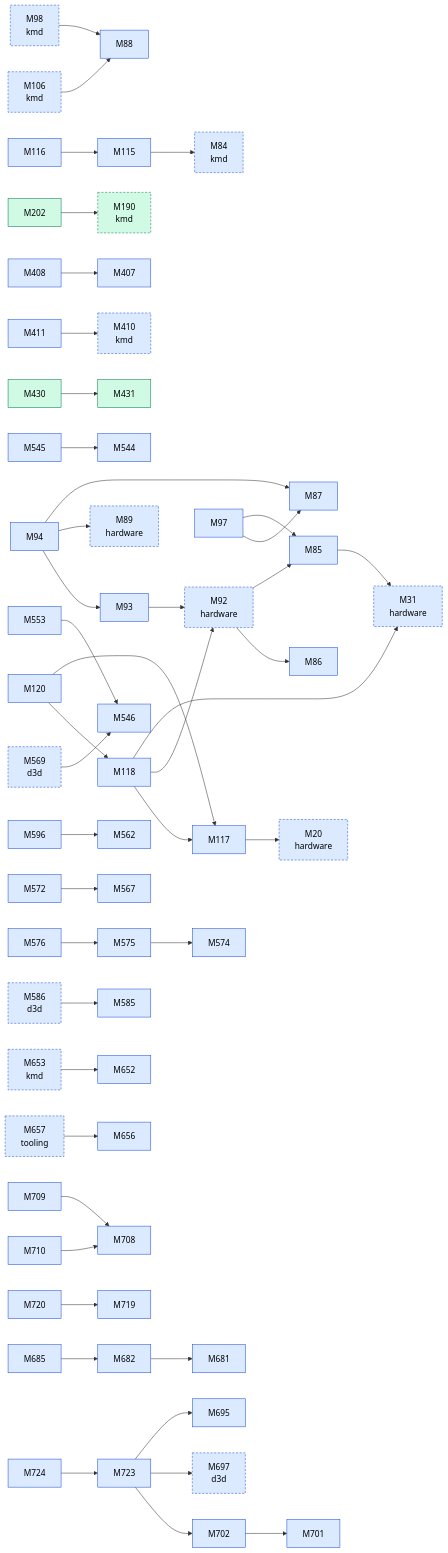
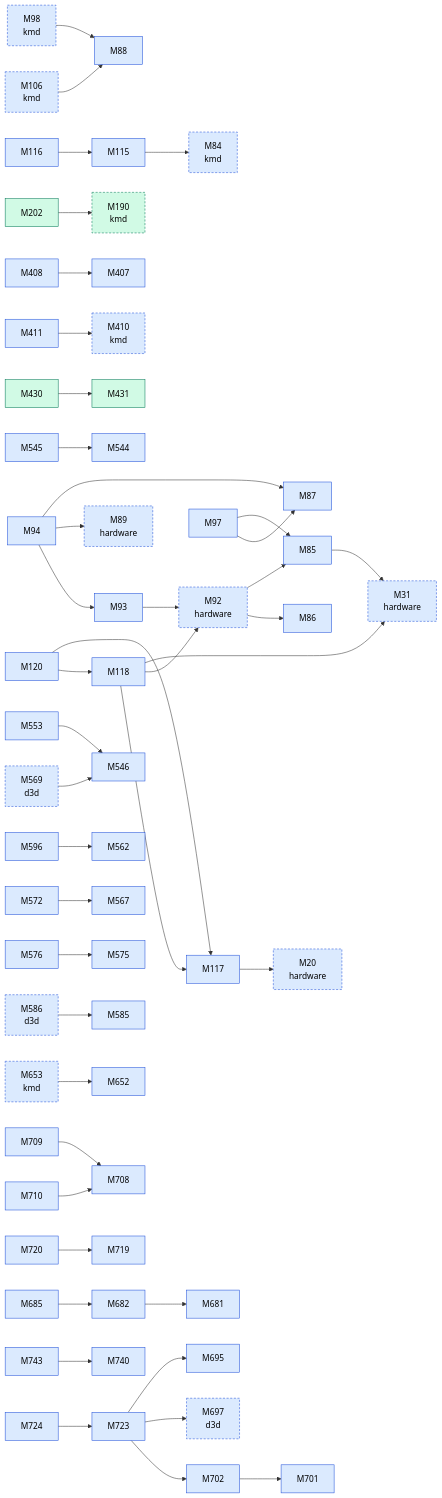
Before and after one commit to D-Ogi/amdgpu-wddm: the second of 2 diagrams in docs/facts/graphs/display.md, drawn with Mermaid. The commit also changed other lines of this file and 14 other files, not shown here.

````diff
--- a/docs/facts/graphs/display.md
+++ b/docs/facts/graphs/display.md
@@ -64,7 +68,6 @@
   M567["M567"]:::MEASURED
   M569["M569<br/>d3d"]:::MEASURED
   M572["M572"]:::MEASURED
-  M574["M574"]:::MEASURED
   M575["M575"]:::MEASURED
   M576["M576"]:::MEASURED
   M585["M585"]:::MEASURED
@@ -72,8 +75,6 @@
   M596["M596"]:::MEASURED
   M652["M652"]:::MEASURED
   M653["M653<br/>kmd"]:::MEASURED
-  M656["M656"]:::MEASURED
-  M657["M657<br/>tooling"]:::MEASURED
   M681["M681"]:::MEASURED
   M682["M682"]:::MEASURED
   M685["M685"]:::MEASURED
@@ -88,6 +89,8 @@
   M720["M720"]:::MEASURED
   M723["M723"]:::MEASURED
   M724["M724"]:::MEASURED
+  M740["M740"]:::MEASURED
+  M743["M743"]:::MEASURED
   M92 --> M85
   M92 --> M86
   M98 --> M88
@@ -115,7 +118,6 @@
   M545 --> M544
   M553 --> M546
   M572 --> M567
-  M575 --> M574
   M576 --> M575
   M596 --> M562
   M682 --> M681
@@ -128,13 +130,13 @@
   M723 --> M697
   M723 --> M702
   M724 --> M723
+  M743 --> M740
   M569 --> M546
   M586 --> M585
-  M657 --> M656
   classDef HYPOTHESIS fill:#fff3c4,stroke:#9a7b00,color:#000
   classDef MEASURED fill:#dbeafe,stroke:#1d4ed8,color:#000
   classDef CONFIRMED fill:#d1fae5,stroke:#047857,color:#000
   classDef REFUTED fill:#fee2e2,stroke:#b91c1c,color:#000
   classDef other stroke-dasharray:4 3
-  class M20,M31,M84,M89,M92,M98,M106,M190,M410,M569,M586,M653,M657,M697 other
+  class M20,M31,M84,M89,M92,M98,M106,M190,M410,M569,M586,M653,M697 other
 ```
````
